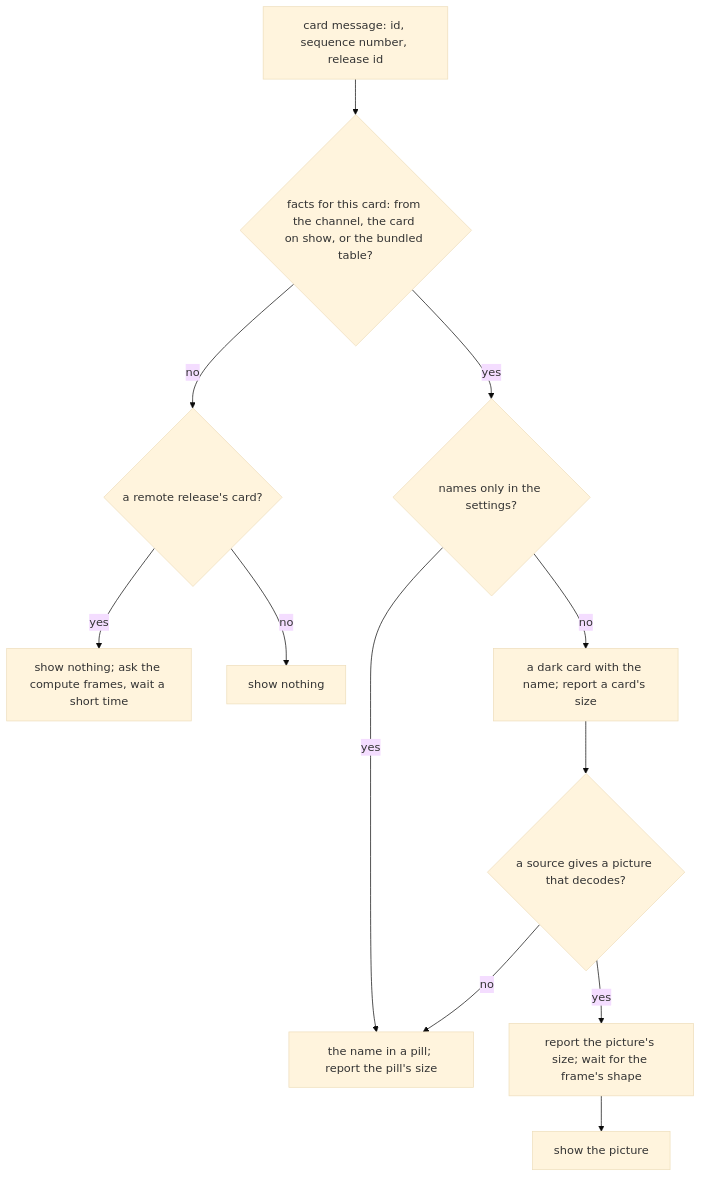
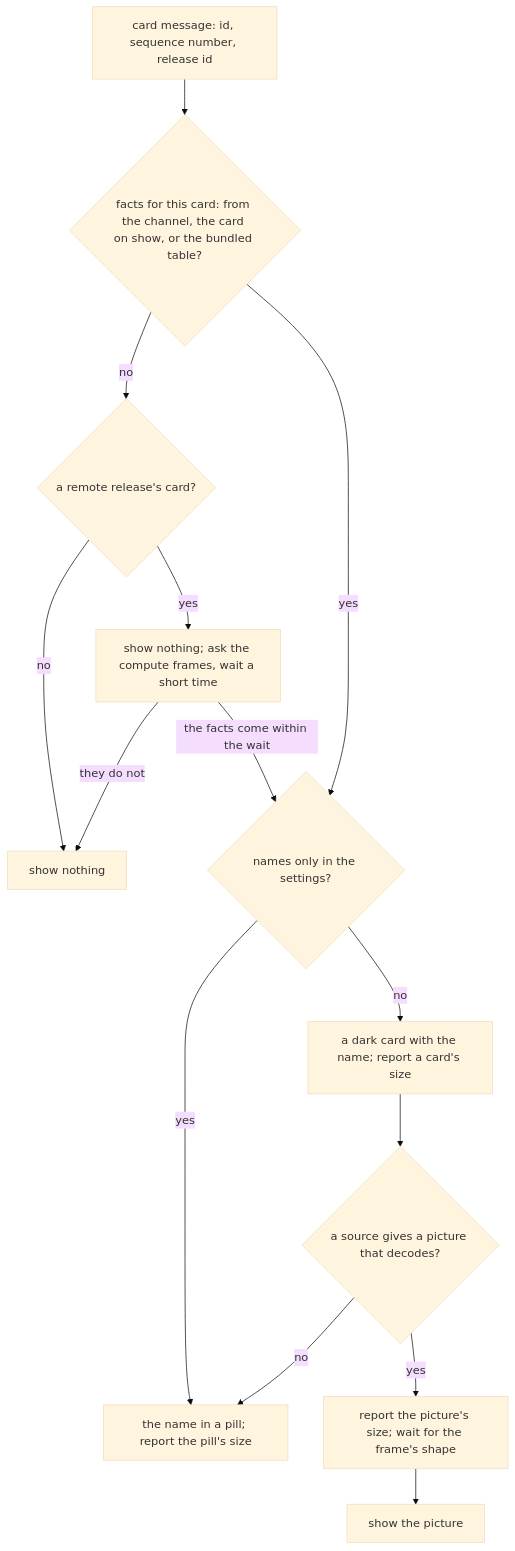
Diagram 12 of 14 in docs/hover-map.md (ryangswe/kenbunshoku), drawn with Mermaid (base theme) before and after one commit. The commit also changed other lines of this file and 4 other files, not shown here.

````diff
--- a/docs/hover-map.md
+++ b/docs/hover-map.md
@@ -414,24 +487,26 @@
 ```mermaid
 flowchart TD
   MSG["card message: id, sequence number, release id"]
   FACTS{"facts for this card: from the channel, the card on show, or the bundled table?"}
   REMOTE{"a remote release's card?"}
   WAITF["show nothing; ask the compute frames, wait a short time"]
   NOTHING["show nothing"]
   NAMES{"names only in the settings?"}
   PILL["the name in a pill; report the pill's size"]
   HOLDER["a dark card with the name; report a card's size"]
   CHAIN{"a source gives a picture that decodes?"}
   SHAPE["report the picture's size; wait for the frame's shape"]
   PICTURE["show the picture"]
 
   MSG --> FACTS
   FACTS -->|no| REMOTE
   REMOTE -->|yes| WAITF
   REMOTE -->|no| NOTHING
+  WAITF -->|"the facts come within the wait"| NAMES
+  WAITF -->|"they do not"| NOTHING
   FACTS -->|yes| NAMES
   NAMES -->|yes| PILL
   NAMES -->|no| HOLDER --> CHAIN
   CHAIN -->|no| PILL
   CHAIN -->|yes| SHAPE --> PICTURE
 ```
````
